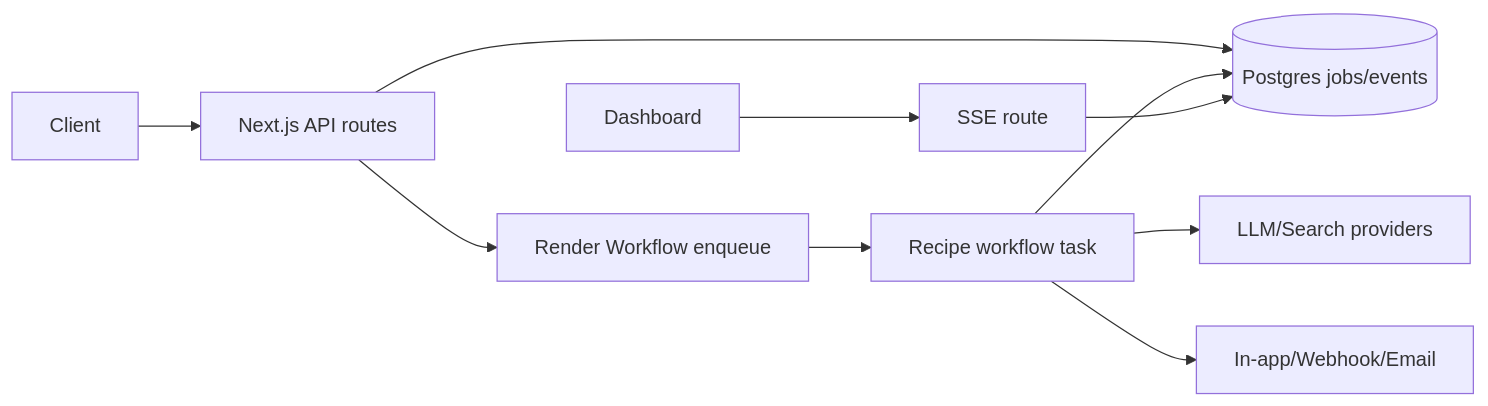
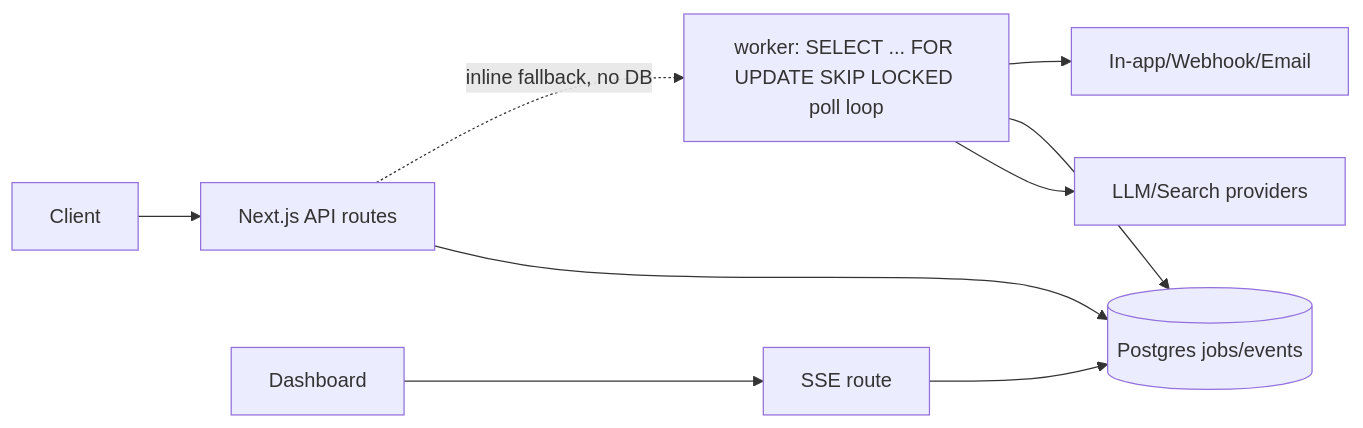
The diagram in ARCHITECTURE.md (adeelone/relay), drawn with Mermaid before and after one commit. The commit also changed other lines of this file and 44 other files, not shown here.

First line of the commit message:
Add Postgres/Redis-backed persistence, real worker, and API key auth

````diff
--- a/ARCHITECTURE.md
+++ b/ARCHITECTURE.md
@@ -5,12 +5,11 @@
 ```mermaid
 flowchart LR
   Client --> API[Next.js API routes]
   API --> DB[(Postgres jobs/events)]
-  API --> Queue[Render Workflow enqueue]
-  Queue --> Worker[Recipe workflow task]
-  Worker --> Provider[LLM/Search providers]
+  API -.inline fallback, no DB.-> Worker
+  Worker[worker: SELECT ... FOR UPDATE SKIP LOCKED poll loop] --> Provider[LLM/Search providers]
   Worker --> DB
   Worker --> Delivery[In-app/Webhook/Email]
   Dashboard --> SSE[SSE route]
   SSE --> DB
 ```
````
